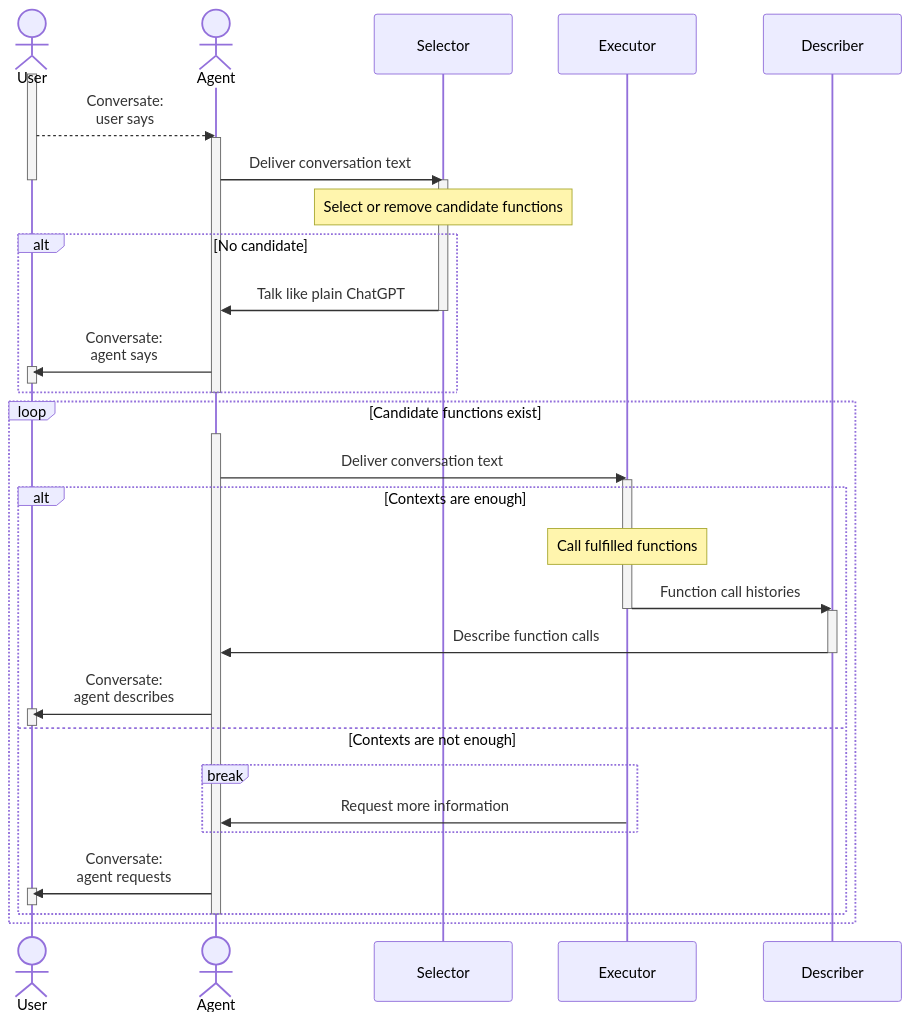
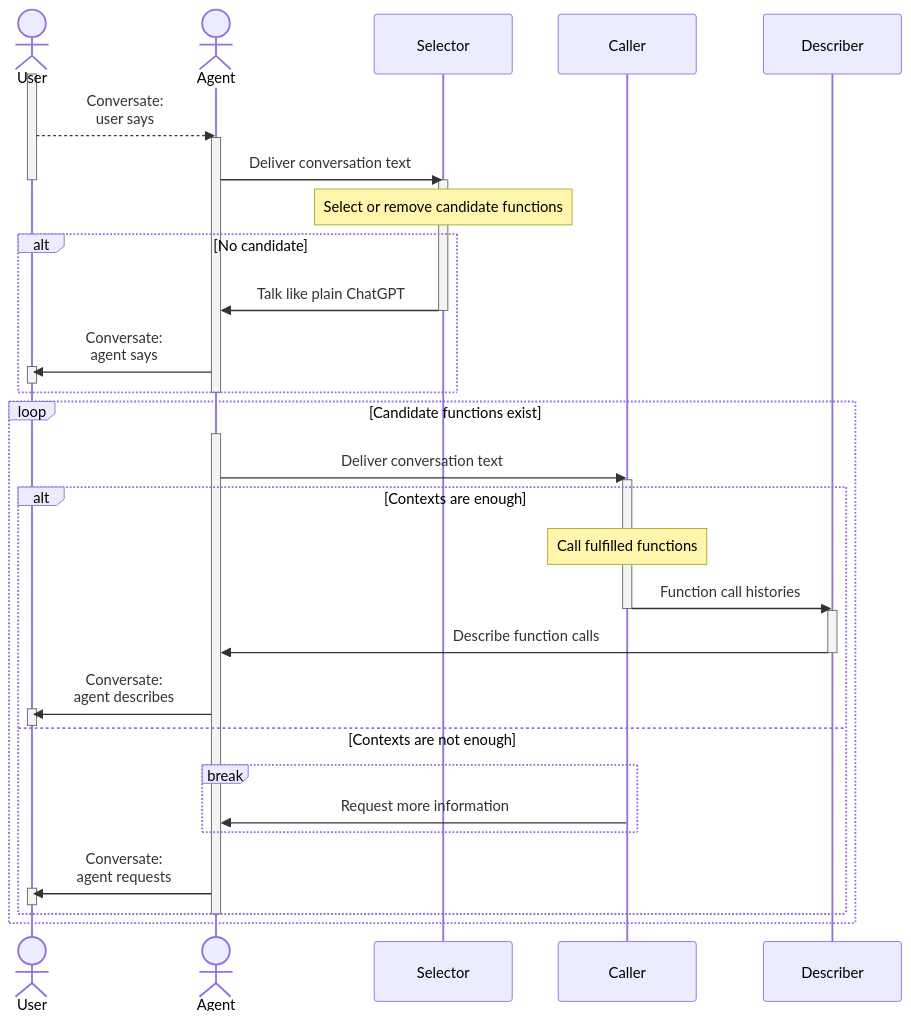
The first of 3 diagrams in README.md (wrtnlabs/agentica), drawn with Mermaid before and after one commit. The commit also changed other lines of this file and 9 other files, not shown here.

Commit message:
`IWrtnAgentExecutor`

````diff
--- a/README.md
+++ b/README.md
@@ -314,47 +314,47 @@
 ```mermaid
 sequenceDiagram
 actor User
 actor Agent
 participant Selector
-participant Executor
+participant Caller
 participant Describer
 activate User
 User-->>Agent: Conversate:<br/>user says
 activate Agent
 Agent->>Selector: Deliver conversation text
 activate Selector
 deactivate User
 Note over Selector: Select or remove candidate functions
 alt No candidate
   Selector->>Agent: Talk like plain ChatGPT
   deactivate Selector
   Agent->>User: Conversate:<br/>agent says
   activate User
   deactivate User
 end
 deactivate Agent
 loop Candidate functions exist
   activate Agent
-  Agent->>Executor: Deliver conversation text
-  activate Executor
+  Agent->>Caller: Deliver conversation text
+  activate Caller
   alt Contexts are enough
-    Note over Executor: Call fulfilled functions
-    Executor->>Describer: Function call histories
-    deactivate Executor
+    Note over Caller: Call fulfilled functions
+    Caller->>Describer: Function call histories
+    deactivate Caller
     activate Describer
     Describer->>Agent: Describe function calls
     deactivate Describer
     Agent->>User: Conversate:<br/>agent describes
     activate User
     deactivate User
   else Contexts are not enough
     break
-      Executor->>Agent: Request more information
+      Caller->>Agent: Request more information
     end
     Agent->>User: Conversate:<br/>agent requests
     activate User
     deactivate User
   end
   deactivate Agent
 end
 ```
````
